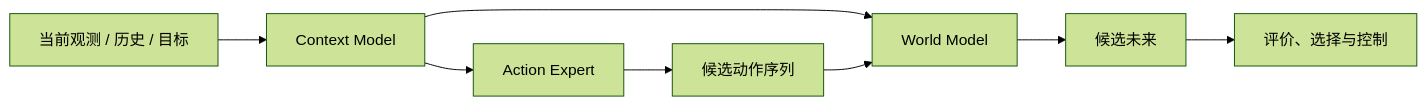
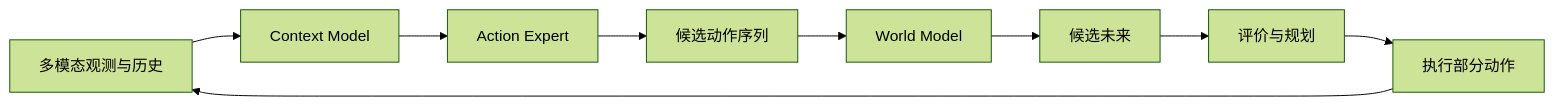
One commit to qi-robotics/robot-world-model-tutorial changed the diagram in docs/intermediate/index.md. Above: the diagram before and after it, drawn with Mermaid (forest theme). The commit also changed other lines of this file and 85 other files, not shown here.

````diff
--- a/docs/intermediate/index.md
+++ b/docs/intermediate/index.md
@@ -18,10 +7,11 @@
 ```mermaid
 flowchart LR
-    H["当前观测 / 历史 / 目标"] --> C["Context Model"]
+    O["多模态观测与历史"] --> C["Context Model"]
     C --> A["Action Expert"]
     A --> P["候选动作序列"]
-    C --> W["World Model"]
-    P --> W
+    P --> W["World Model"]
     W --> F["候选未来"]
-    F --> Ctrl["评价、选择与控制"]
+    F --> S["评价与规划"]
+    S --> E["执行部分动作"]
+    E --> O
 ```
````
